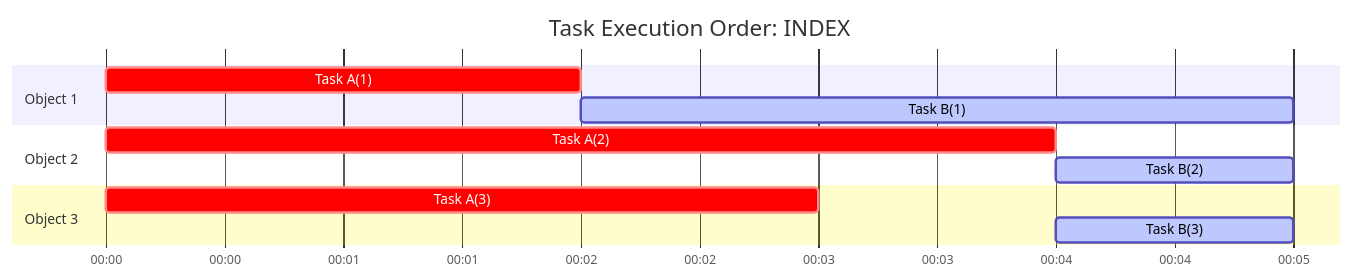
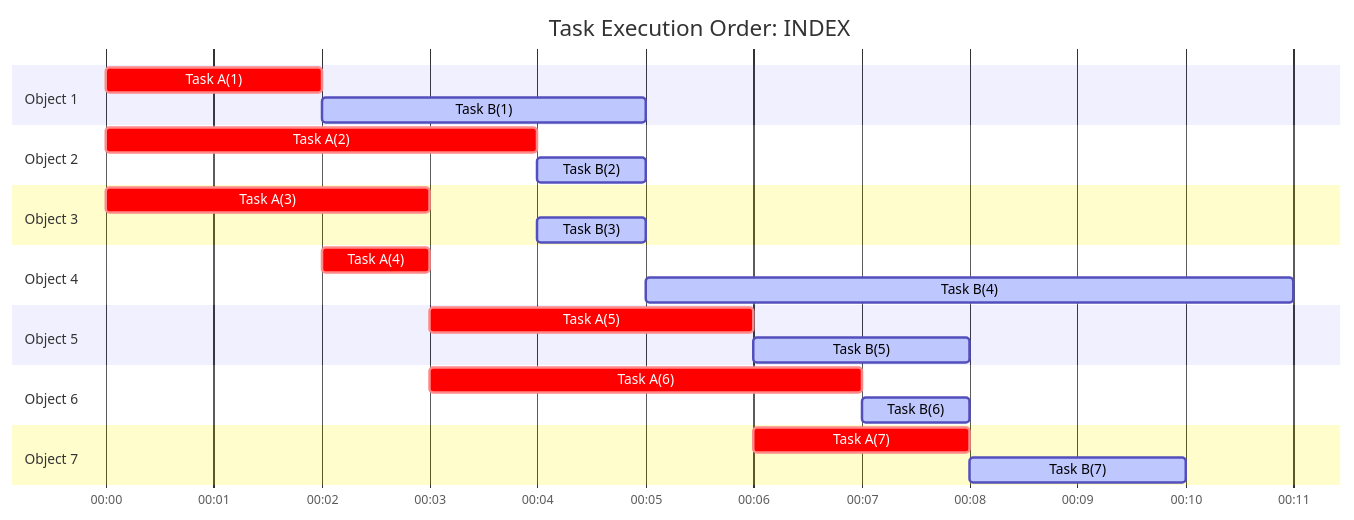
The second of 2 diagrams in README.md (GunseiKPaseri/promise-array-parallel), drawn with Mermaid before and after one commit. The commit also changed other lines of this file, not shown here.

Commit message:
fix: order gantt

````diff
--- a/README.md
+++ b/README.md
@@ -126,18 +142,34 @@
 ```mermaid
 gantt
     title Task Execution Order: INDEX
     dateFormat  HH:mm:ss
     axisFormat %M:%S
     
     section Object 1
     Task A(1): crit, a1_i, 00:00:00, 2s
     Task B(1): active, b1_i, after a1_i, 3s
     
     section Object 2
     Task A(2): crit, a2_i, 00:00:00, 4s
     Task B(2): active, b2_i, after a2_i, 1s
     
     section Object 3
     Task A(3): crit, a3_i, 00:00:00, 3s
     Task B(3): active, b3_i, after a2_i, 1s
+    
+    section Object 4
+    Task A(4): crit, a4_i, after a1_i, 1s
+    Task B(4): active, b4_i, after b3_i, 6s
+    
+    section Object 5
+    Task A(5): crit, a5_i, after a3_i, 3s
+    Task B(5): active, b5_i, after a5_i, 2s
+    
+    section Object 6
+    Task A(6): crit, a6_i, after a4_i, 4s
+    Task B(6): active, b6_i, after a6_i, 1s
+    
+    section Object 7
+    Task A(7): crit, a7_i, after a5_i, 2s
+    Task B(7): active, b7_i, after b6_i, 2s
 ```
````
